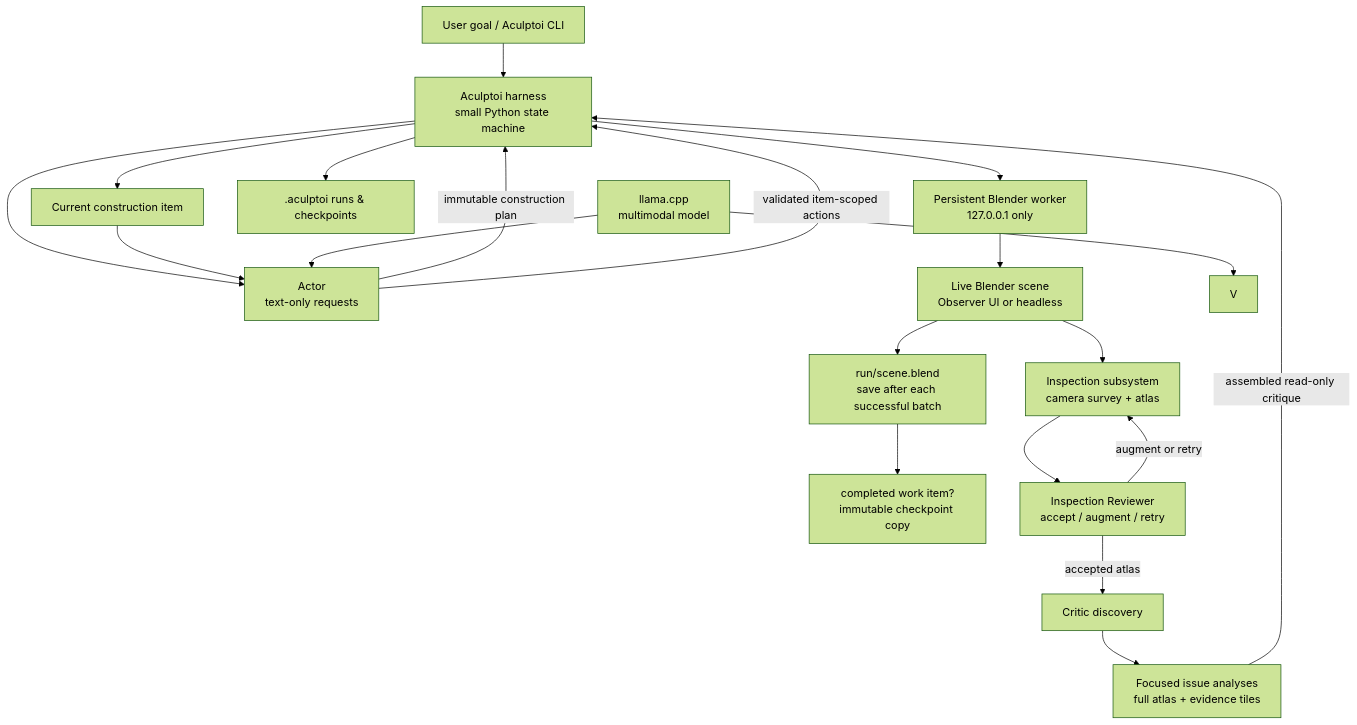
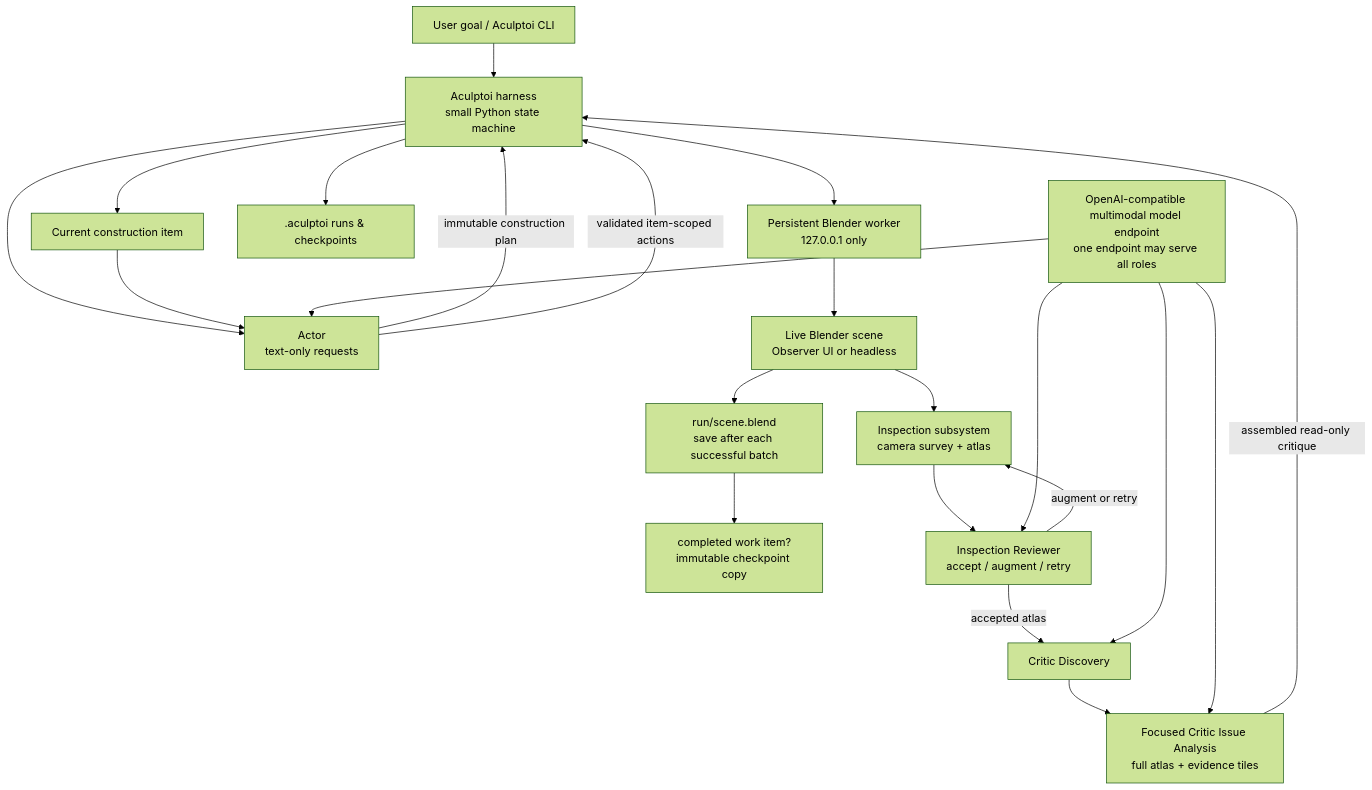
The diagram in README.md (ifranlaloe/Aculptoi), drawn with Mermaid (forest theme) before and after one commit. The commit also changed other lines of this file and 2 other files, not shown here.

Commit message:
Refine README architecture docs

````diff
--- a/README.md
+++ b/README.md
@@ -110,22 +105,24 @@
 ```mermaid
 flowchart TD
     U[User goal / Aculptoi CLI] --> H[Aculptoi harness\nsmall Python state machine]
     H --> A[Actor\ntext-only requests]
     A -->|immutable construction plan| H
     H --> I[Current construction item]
     I --> A
     A -->|validated item-scoped actions| H
     H --> W[Persistent Blender worker\n127.0.0.1 only]
     W --> B[Live Blender scene\nObserver UI or headless]
     B --> S[run/scene.blend\nsave after each successful batch]
     S --> K[completed work item?\nimmutable checkpoint copy]
     B --> R[Inspection subsystem\ncamera survey + atlas]
     R --> Q[Inspection Reviewer\naccept / augment / retry]
-    Q -->|accepted atlas| D[Critic discovery]
+    Q -->|accepted atlas| D[Critic Discovery]
     Q -->|augment or retry| R
-    D --> F[Focused issue analyses\nfull atlas + evidence tiles]
+    D --> F[Focused Critic Issue Analysis\nfull atlas + evidence tiles]
     F -->|assembled read-only critique| H
     H --> C[.aculptoi runs & checkpoints]
-    M[llama.cpp\nmultimodal model] --> A
-    M --> V
+    M[OpenAI-compatible multimodal model endpoint\none endpoint may serve all roles] --> A
+    M --> Q
+    M --> D
+    M --> F
 ```
````
